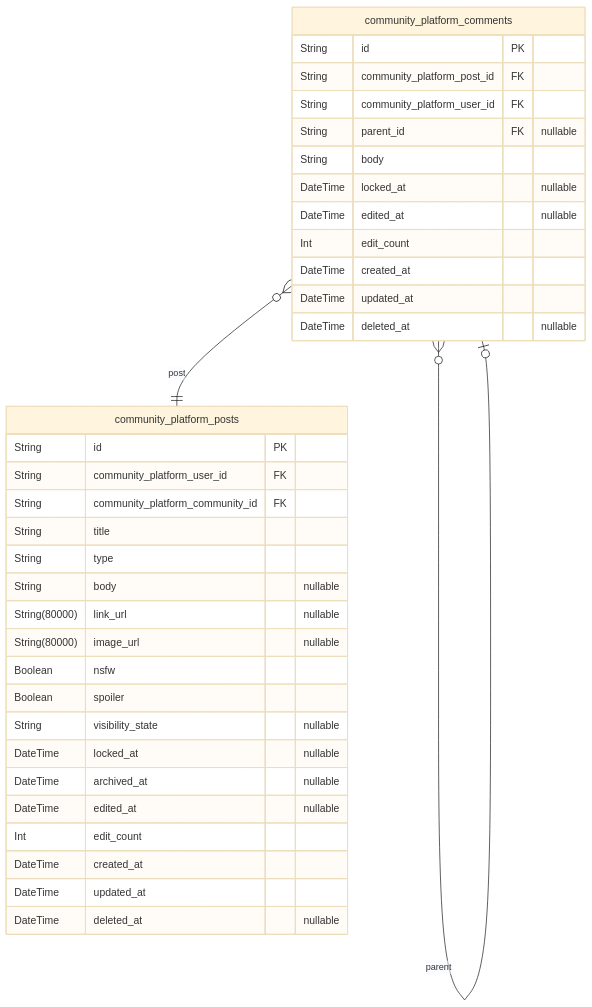
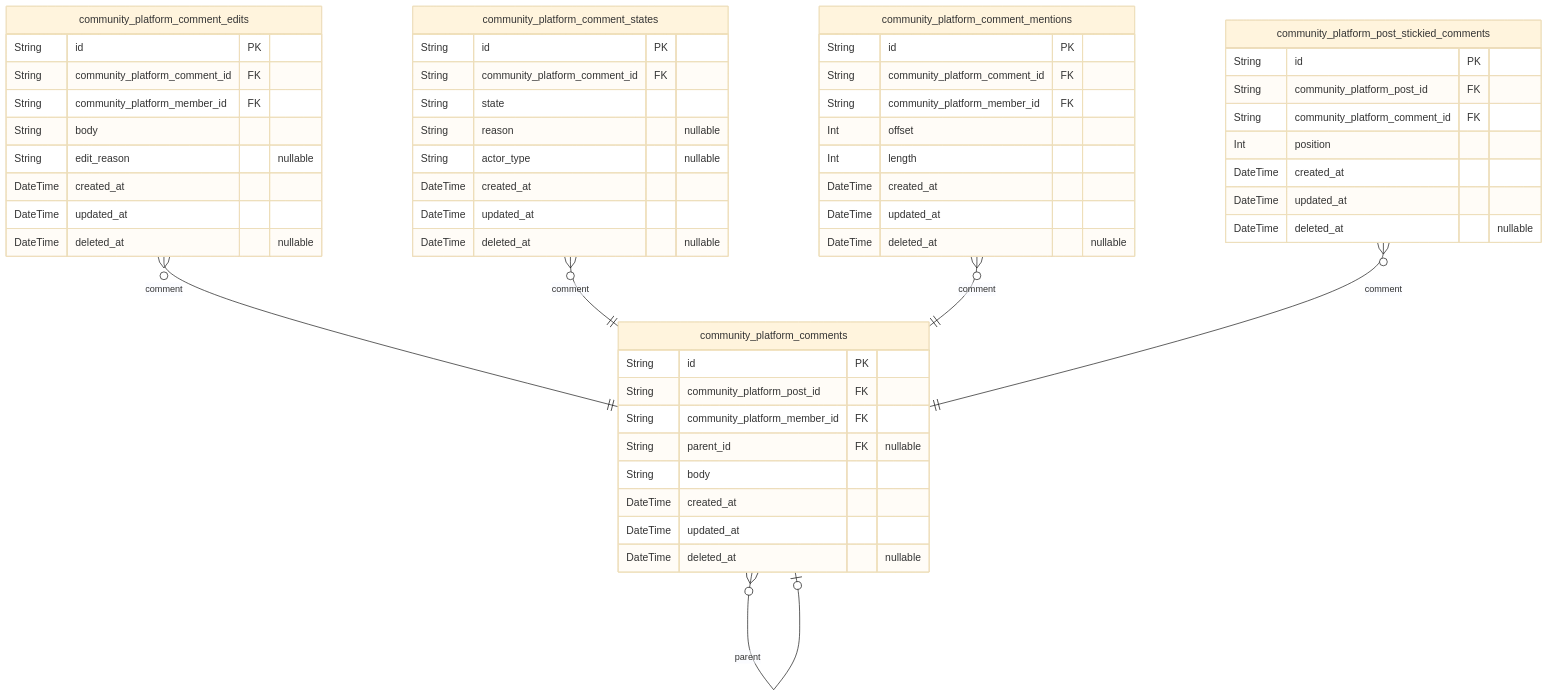
Before and after one commit to wrtnlabs/autobe-examples: the fifth of 10 diagrams in openai/gpt-5/reddit/docs/ERD.md, drawn with Mermaid (base theme). The commit also changed other lines of this file and 16146 other files, not shown here.

````diff
--- a/openai/gpt-5/reddit/docs/ERD.md
+++ b/openai/gpt-5/reddit/docs/ERD.md
@@ -388,38 +1304,57 @@
 ```mermaid
 erDiagram
-"community_platform_posts" {
+"community_platform_comments" {
   String id PK
-  String community_platform_user_id FK
-  String community_platform_community_id FK
-  String title
-  String type
-  String body "nullable"
-  String(80000) link_url "nullable"
-  String(80000) image_url "nullable"
-  Boolean nsfw
-  Boolean spoiler
-  String visibility_state "nullable"
-  DateTime locked_at "nullable"
-  DateTime archived_at "nullable"
-  DateTime edited_at "nullable"
-  Int edit_count
+  String community_platform_post_id FK
+  String community_platform_member_id FK
+  String parent_id FK "nullable"
+  String body
   DateTime created_at
   DateTime updated_at
   DateTime deleted_at "nullable"
 }
-"community_platform_comments" {
+"community_platform_comment_edits" {
   String id PK
-  String community_platform_post_id FK
-  String community_platform_user_id FK
-  String parent_id FK "nullable"
+  String community_platform_comment_id FK
+  String community_platform_member_id FK
   String body
-  DateTime locked_at "nullable"
-  DateTime edited_at "nullable"
-  Int edit_count
+  String edit_reason "nullable"
   DateTime created_at
   DateTime updated_at
   DateTime deleted_at "nullable"
 }
-"community_platform_comments" }o--|| "community_platform_posts" : post
+"community_platform_comment_states" {
+  String id PK
+  String community_platform_comment_id FK
+  String state
+  String reason "nullable"
+  String actor_type "nullable"
+  DateTime created_at
+  DateTime updated_at
+  DateTime deleted_at "nullable"
+}
+"community_platform_comment_mentions" {
+  String id PK
+  String community_platform_comment_id FK
+  String community_platform_member_id FK
+  Int offset
+  Int length
+  DateTime created_at
+  DateTime updated_at
+  DateTime deleted_at "nullable"
+}
+"community_platform_post_stickied_comments" {
+  String id PK
+  String community_platform_post_id FK
+  String community_platform_comment_id FK
+  Int position
+  DateTime created_at
+  DateTime updated_at
+  DateTime deleted_at "nullable"
+}
 "community_platform_comments" }o--o| "community_platform_comments" : parent
+"community_platform_comment_edits" }o--|| "community_platform_comments" : comment
+"community_platform_comment_states" }o--|| "community_platform_comments" : comment
+"community_platform_comment_mentions" }o--|| "community_platform_comments" : comment
+"community_platform_post_stickied_comments" }o--|| "community_platform_comments" : comment
 ```
````
